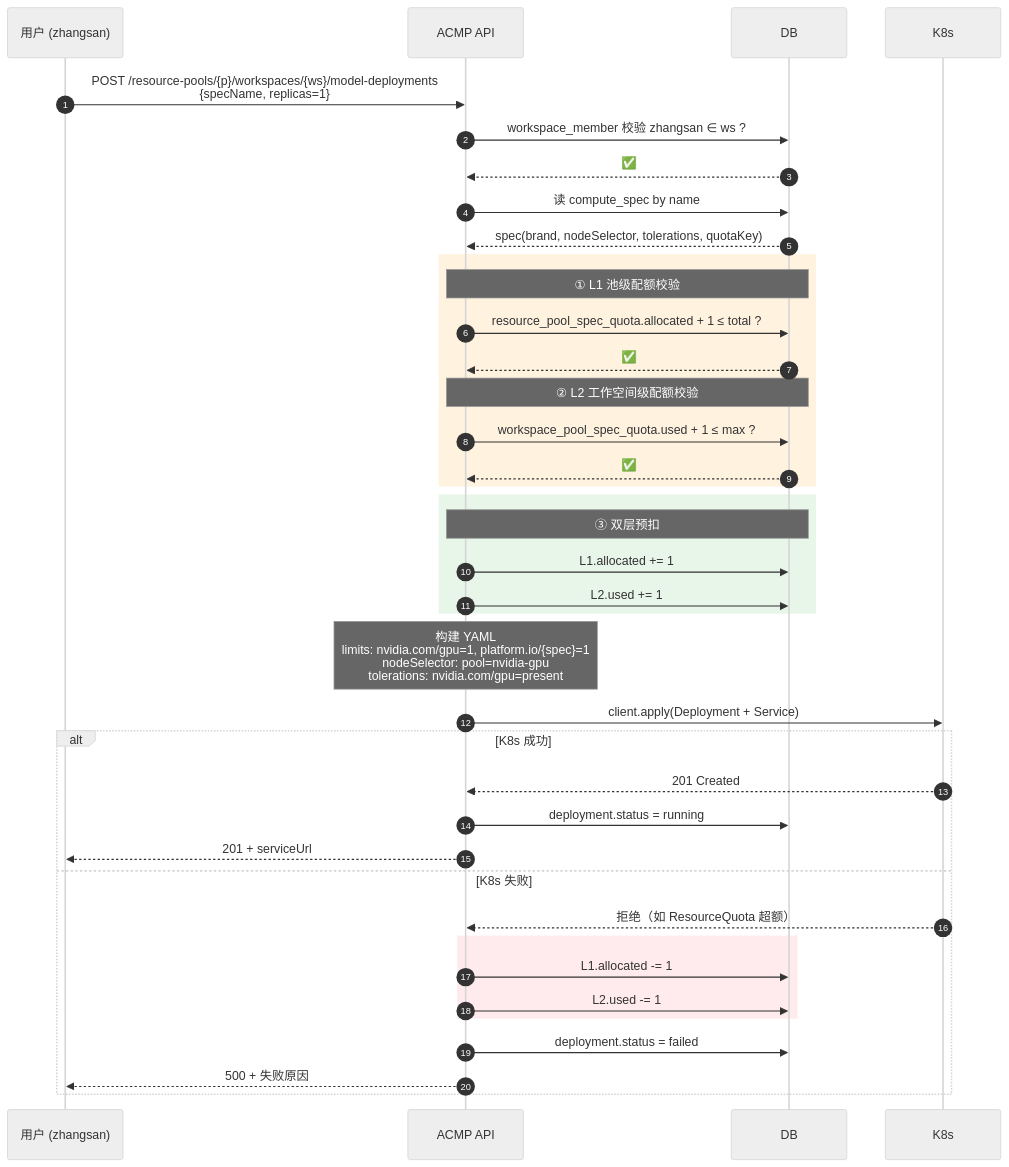
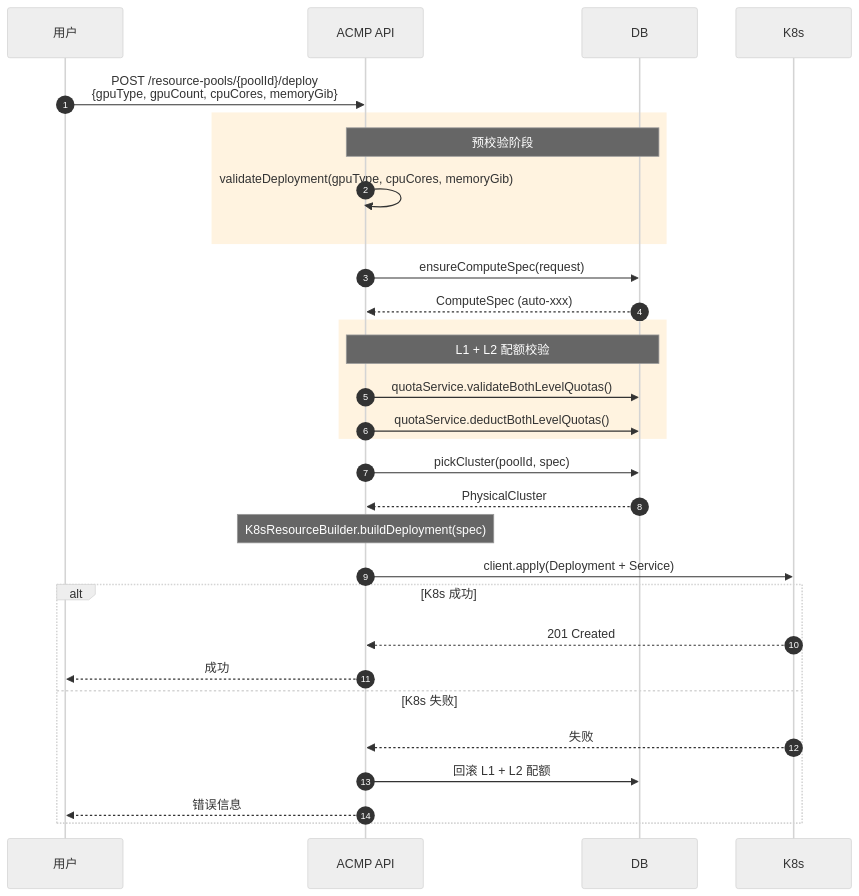
One commit to bluekidlj/acmp-compute-platform changed the eighth of 9 diagrams in docs/MINDMAP.md. Above: the diagram before and after it, drawn with Mermaid (neutral theme). The commit also changed other lines of this file and 42 other files, not shown here.

````diff
--- a/docs/MINDMAP.md
+++ b/docs/MINDMAP.md
@@ -185,46 +287,37 @@
 ```mermaid
 sequenceDiagram
     autonumber
-    participant U as 用户 (zhangsan)
+    participant U as 用户
     participant API as ACMP API
     participant DB as DB
     participant K as K8s
 
-    U->>API: POST /resource-pools/{p}/workspaces/{ws}/model-deployments<br/>{specName, replicas=1}
-    API->>DB: workspace_member 校验 zhangsan ∈ ws ?
-    DB-->>API: ✅
-    API->>DB: 读 compute_spec by name
-    DB-->>API: spec(brand, nodeSelector, tolerations, quotaKey)
+    U->>API: POST /resource-pools/{poolId}/deploy<br/>{gpuType, gpuCount, cpuCores, memoryGib}
+    rect rgb(255, 243, 224)
+    Note over API,DB: 预校验阶段
+    API->>API: validateDeployment(gpuType, cpuCores, memoryGib)
+    end
+    API->>DB: ensureComputeSpec(request)
+    DB-->>API: ComputeSpec (auto-xxx)
 
     rect rgb(255, 243, 224)
-    Note over API,DB: ① L1 池级配额校验
-    API->>DB: resource_pool_spec_quota.allocated + 1 ≤ total ?
-    DB-->>API: ✅
-    Note over API,DB: ② L2 工作空间级配额校验
-    API->>DB: workspace_pool_spec_quota.used + 1 ≤ max ?
-    DB-->>API: ✅
+    Note over API,DB: L1 + L2 配额校验
+    API->>DB: quotaService.validateBothLevelQuotas()
+    API->>DB: quotaService.deductBothLevelQuotas()
     end
 
-    rect rgb(232, 245, 233)
-    Note over API,DB: ③ 双层预扣
-    API->>DB: L1.allocated += 1
-    API->>DB: L2.used += 1
-    end
+    API->>DB: pickCluster(poolId, spec)
+    DB-->>API: PhysicalCluster
 
-    Note over API: 构建 YAML<br/>limits: nvidia.com/gpu=1, platform.io/{spec}=1<br/>nodeSelector: pool=nvidia-gpu<br/>tolerations: nvidia.com/gpu=present
+    Note over API: K8sResourceBuilder.buildDeployment(spec)
     API->>K: client.apply(Deployment + Service)
 
     alt K8s 成功
         K-->>API: 201 Created
-        API->>DB: deployment.status = running
-        API-->>U: 201 + serviceUrl
+        API-->>U: 成功
     else K8s 失败
-        K-->>API: 拒绝（如 ResourceQuota 超额）
-        rect rgb(255, 235, 238)
-        API->>DB: L1.allocated -= 1
-        API->>DB: L2.used -= 1
-        end
-        API->>DB: deployment.status = failed
-        API-->>U: 500 + 失败原因
+        K-->>API: 失败
+        API->>DB: 回滚 L1 + L2 配额
+        API-->>U: 错误信息
     end
 ```
````
